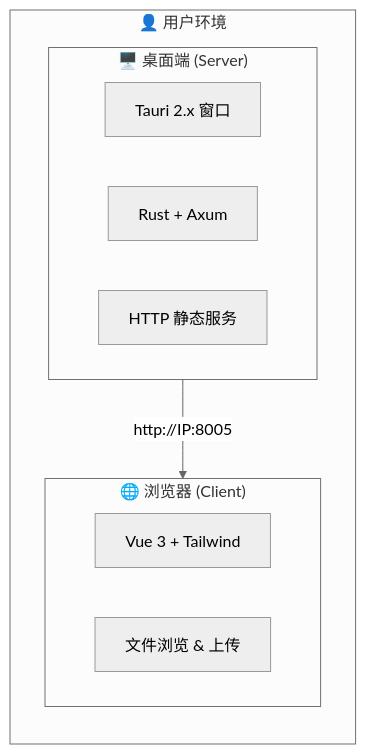
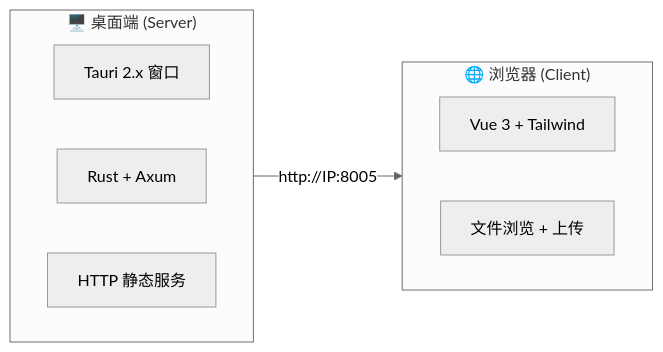
The diagram in README.md (yunend/openvue), drawn with Mermaid (neutral theme) before and after one commit. The commit also changed 5 other files, not shown here.

````diff
--- a/README.md
+++ b/README.md
@@ -9,15 +9,17 @@
 ```mermaid
 flowchart LR
-    subgraph User["👤 用户环境"]
-        subgraph Desktop["🖥️ 桌面端 (Server)"]
-            Tauri["Tauri 2.x 窗口"]
-            Rust["Rust + Axum"]
-            HTTP["HTTP 静态服务"]
-        end
-        subgraph Browser["🌐 浏览器 (Client)"]
-            Vue["Vue 3 + Tailwind"]
-            Feature["文件浏览 & 上传"]
-        end
-        Desktop -->|"http://IP:8005"| Browser
+    subgraph Desktop["🖥️ 桌面端 (Server)"]
+        direction LR
+        Tauri["Tauri 2.x 窗口"]
+        Rust["Rust + Axum"]
+        HTTP["HTTP 静态服务"]
     end
+
+    subgraph Browser["🌐 浏览器 (Client)"]
+        direction LR
+        Vue["Vue 3 + Tailwind"]
+        Feature["文件浏览 + 上传"]
+    end
+
+    Desktop -->|"http://IP:8005"| Browser
 ```
````
